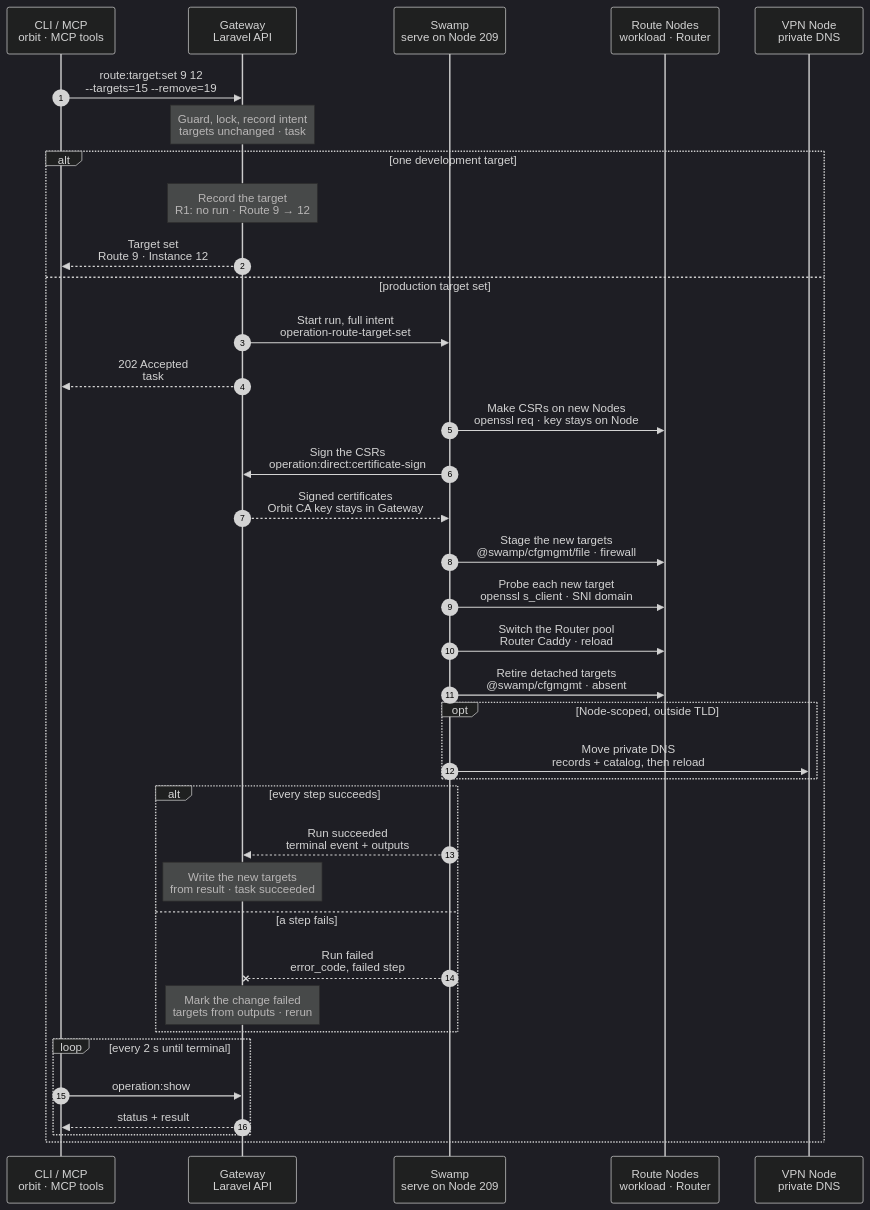
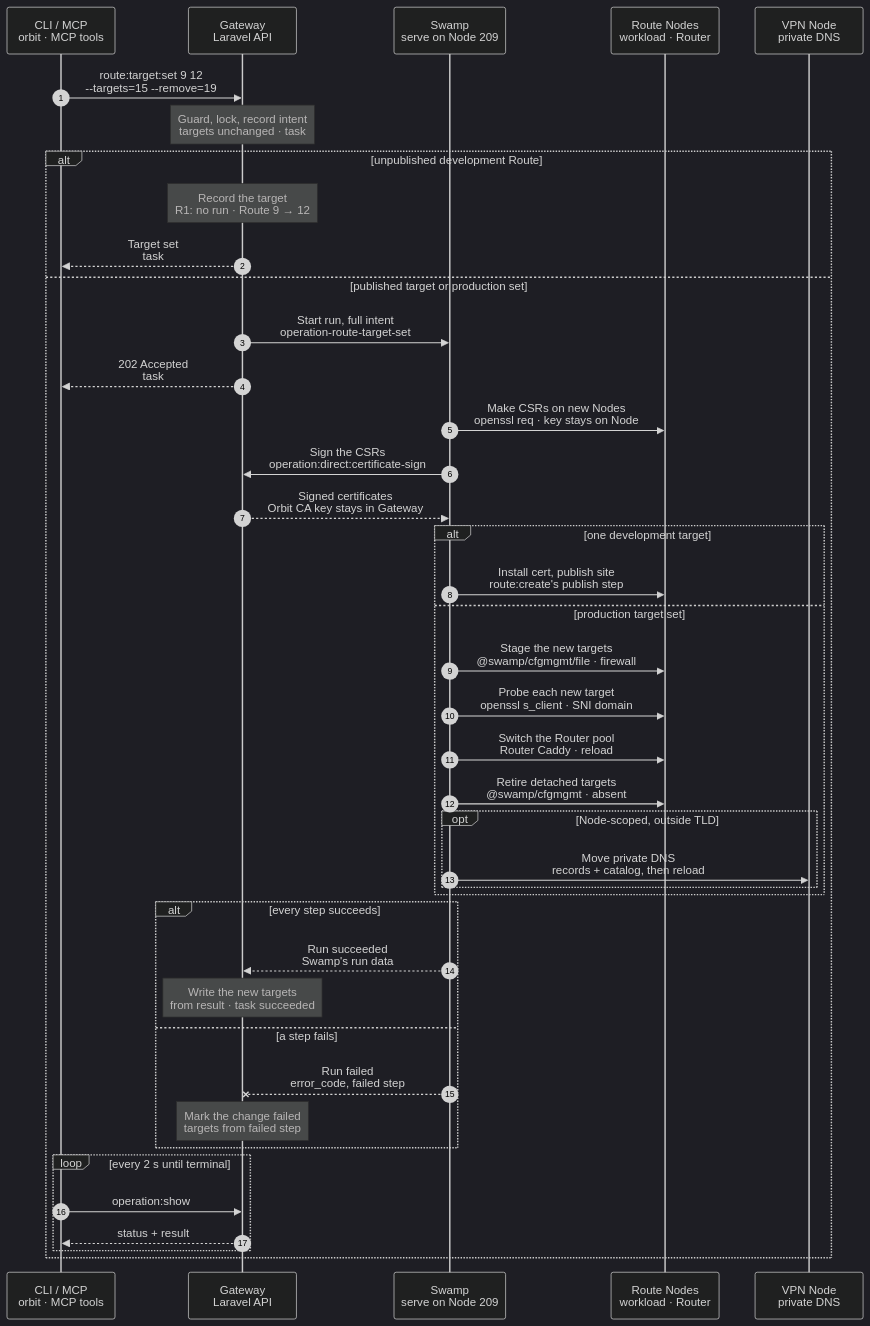
The diagram in docs/cli/route/target-set.mmd (hardimpactdev/orbit), drawn with Mermaid (dark theme) before and after one commit. The commit also changed 19 other files, not shown here.

```diff
--- a/docs/cli/route/target-set.mmd
+++ b/docs/cli/route/target-set.mmd
@@ -1,141 +1,153 @@
 sequenceDiagram
   %% Target design: ADR 0244 task, DECISIONS R1-R4 + round 2 (target_set single path, R2), Gateway signs CSRs (root-of-trust), single-swamp-node. docs/cli/route.mdx, docs/reference/routes.md (Create and change targets, Change a production target set).
-  %% Tightened: flow-tighten 2026-11-02, rules 2, 3, 22 (development target is record-only: instance:create owns web-root access; DNS only outside the TLD; cfgmgmt file/firewall).
+  %% Tightened: flow-tighten 2026-11-02, rules 2, 3, 22 (instance:create owns web-root access; DNS only outside the TLD; cfgmgmt file/firewall).
+  %% Corrected 2026-11-02: a development target is not record-only. Its site root is the target Instance's checkout, so a published site moves in route:create's one publish step.
   %% status: draft
   %% command: route:target:set
   %% kind: route.target_set
   autonumber
   %% lane CLI icon=terminal pill=caller tone=gray
   %% lane GW icon=gateway pill=intent tone=blue
   %% lane SW icon=workflow pill=executes tone=green
   %% lane N icon=server pill=target tone=amber
   %% lane V icon=server pill=target tone=purple
   participant CLI as CLI / MCP<br/>orbit · MCP tools
   participant GW as Gateway<br/>Laravel API
   participant SW as Swamp<br/>serve on Node 209
   participant N as Route Nodes<br/>workload · Router
   participant V as VPN Node<br/>private DNS
   CLI->>GW: route:target:set 9 12<br/>--targets=15 --remove=19
   %%> Command:
   %%> - `orbit route:target:set 9 12 --targets=15 --reassign=18:4 --remove=19`
   %%> - syntax: `<route> <target> [--targets=ID]... [--reassign=ID:ROUTE]... [--remove=ID]...`
   %%> Input:
   %%> - Route 9 and Instance 12
   %%> - without options: one target
   %%> - with options: the complete ordered production target set, here Instances 12 and 15
   %%> - each detached Instance needs a disposition: `--reassign=18:4` moves Instance 18 to Route 4, `--remove=19` allows removing Instance 19
   Note over GW: Guard, lock, record intent<br/>targets unchanged · task #5140
   %%> Requirements:
   %%> - your Node has an access grant to every target's Node
   %%> - every target is an active Instance of Route 9's Project (`route.target_app_conflict`, `route.target_inactive`)
   %%> - no active Instance loses its only Route (`route.target_conflict`)
   %%> - a single target never takes an Instance from another Route
   %%> - a target set: an explicit Cluster-scoped Route; each target a production Instance on its own active `app-prod` Node in that Cluster
   %%> Locks:
   %%> - the projection lock and the environment owner of every Instance named
   %%> - a busy lock is waited for up to 30 s, then `app-dev.projection_busy`
   %%> Result:
   %%> - task #5140 recorded with the full intent, including the old targets for recovery
   %%> - Route 9's targets stay as they are until the result
-  alt one development target
+  alt unpublished development Route
     Note over GW: Record the target<br/>R1: no run · Route 9 → 12
     %%> When:
-    %%> - Route 9 is not `active`; changing the target of an active Route is refused at admission
+    %%> - one development target on a Route whose sites are not published
     %%> Why no run:
-    %%> - `instance:create` already gave Caddy read access to Instance 12's web root (rule 2); nothing changes on a Node
-    %%> - Route 9 is not published yet, so no site or DNS record moves
+    %%> - no site serves the Route yet, so nothing changes on a Node; the Route publishes when it converges
     %%> Result:
-    %%> - Route 9's target becomes Instance 12; no task, no Swamp run
-    GW-->>CLI: Target set<br/>Route 9 · Instance 12
+    %%> - Route 9's target becomes Instance 12, and the task has already succeeded
+    GW-->>CLI: Target set<br/>task #5140 succeeded
     %%> What you get:
     %%> - the final result at once; there is nothing to follow
-  else production target set
+  else published target or production set
     GW->>SW: Start run, full intent<br/>operation-route-target-set
     %%> What it does:
     %%> - starts one Swamp run on serve (Node 209)
     %%> Inputs:
-    %%> - the old and new targets, and each detached Instance's disposition
-    %%> - the rendered Caddy blocks before and after, certificate leaves, LAN tuples and probes, per Node
+    %%> - each step's whole files, rendered by the Gateway: Caddyfiles, PHP pools, `APP_URL` lines, certificate leaves, LAN rules and probes, per Node
     %%> - production `.env` material only as vault key names in `orbit-control-inputs` (R3)
     %%> - each Node's address and SSH host keys; the SSH identity comes from the `swamp` role
     GW-->>CLI: 202 Accepted<br/>task #5140
     %%> What you get:
     %%> - the task number, at once
     %%> Next:
     %%> - the CLI follows the task with `operation:show`
     SW->>N: Make CSRs on new Nodes<br/>openssl req · key stays on Node
     %%> How:
-    %%> - Swamp reaches each new target's Node over `@swamp/ssh` from 209
+    %%> - Swamp reaches each Node over `@swamp/ssh` from 209
     %%> What it does:
-    %%> - makes a key and a certificate request for the Route domain under a temporary scope
+    %%> - makes a key and a certificate request for the Route domain on each Node that needs a leaf
+    %%> - a new production target also gets a leaf under a temporary scope, for its staged site
     %%> - returns only the public CSRs
     SW->>GW: Sign the CSRs<br/>operation:direct:certificate-sign
     %%> What it does:
     %%> - sends the CSRs with task #5140 and the run id
     %%> Why:
     %%> - the Orbit CA key stays in the Gateway; signing is the one step that calls the Gateway
     GW-->>SW: Signed certificates<br/>Orbit CA key stays in Gateway
     %%> Returns:
     %%> - one public certificate bundle per leaf
-    SW->>N: Stage the new targets<br/>@swamp/cfgmgmt/file · firewall
-    %%> What it does:
-    %%> - installs each certificate and adds the workload site with `@swamp/cfgmgmt/file`, and allows the Router on LAN port 443 with `@swamp/cfgmgmt/firewall`
-    %%> - one `forEach` over the new Nodes, all at once
-    %%> - validates each Caddyfile, then reloads Caddy; never a restart (rule 7)
-    %%> - writes the production `.env` of each new target against Route 9
-    SW->>N: Probe each new target<br/>openssl s_client · SNI domain
-    %%> What it does:
-    %%> - connects from 209 to each new workload on port 443, with the Route domain as SNI
-    %%> Why:
-    %%> - the Router only sends traffic to targets that serve
-    SW->>N: Switch the Router pool<br/>Router Caddy · reload
-    %%> What it does:
-    %%> - sets the Router's upstream pool to Instances 12 and 15, in order
-    %%> - validates, then reloads Caddy on the Router
-    %%> Not included:
-    %%> - DNS: the Route domain points at the Router, which does not change
-    SW->>N: Retire detached targets<br/>@swamp/cfgmgmt · absent
-    %%> What it does:
-    %%> - removes the old workload sites and temporary certificates no Route needs any more
-    %%> - Instance 18's site follows it to Route 4
-    %%> - removes Instance 19 with the shared Instance removal steps, because `--remove=19` allowed it
-    opt Node-scoped, outside TLD
-      SW->>V: Move private DNS<br/>records + catalog, then reload
+    alt one development target
+      SW->>N: Install cert, publish site<br/>route:create's publish step
       %%> When:
-      %%> - a Node-scoped Route whose new target runs on another Node, with a domain outside the Cluster or Node TLD
-      %%> - private DNS answers the whole TLD, so a domain inside it needs no record
+      %%> - Route 9's sites are published, so its site moves from the previous target's checkout to Instance 12's
       %%> What it does:
-      %%> - points the Route domain at the new Node and checks a DNS reply
+      %%> - runs the same child as `route:create`: installs the certificate, writes each Node's whole Caddyfile, validates it and reloads Caddy
+      %%> - the previous target's Node loses the site; Instance 12's Node gains it
+      %%> Not included:
+      %%> - web-root access: `instance:create` already gave Caddy read access to Instance 12's checkout (rule 2)
+    else production target set
+      SW->>N: Stage the new targets<br/>@swamp/cfgmgmt/file · firewall
+      %%> What it does:
+      %%> - per new Node: allows the Router on LAN port 443 with `@swamp/cfgmgmt/firewall`, installs the certificates, and writes the PHP pool, the staged Caddyfile and the production `.env`
+      %%> - the staged Caddyfile adds the new workload site beside the old ones and uses the temporary leaf
+      %%> - validates each Caddyfile, then reloads Caddy; never a restart (rule 7)
+      SW->>N: Probe each new target<br/>openssl s_client · SNI domain
+      %%> What it does:
+      %%> - connects from 209 to each new workload on port 443, with the Route domain as SNI
+      %%> Why:
+      %%> - the Router only sends traffic to targets that serve
+      SW->>N: Switch the Router pool<br/>Router Caddy · reload
+      %%> What it does:
+      %%> - writes the Router's whole Caddyfile with the pool Instances 12 and 15, in order
+      %%> - validates, then reloads Caddy on the Router
+      %%> Not included:
+      %%> - DNS: the Route domain points at the Router, which does not change
+      SW->>N: Retire detached targets<br/>@swamp/cfgmgmt · absent
+      %%> What it does:
+      %%> - writes each other Node's whole desired Caddyfile: old workload sites go, and the new targets move to their lasting leaf
+      %%> - removes LAN rules and temporary certificates no Route needs
+      %%> - Instance 18's site follows it to Route 4
+      %%> Not included:
+      %%> - Instance removal: `--remove` is refused with `route.target_cleanup_unavailable` until the shared Instance removal steps run here
+      opt Node-scoped, outside TLD
+        SW->>V: Move private DNS<br/>records + catalog, then reload
+        %%> When:
+        %%> - a Node-scoped Route whose new target runs on another Node, with a domain outside the Cluster or Node TLD
+        %%> - private DNS answers the whole TLD, so a domain inside it needs no record
+        %%> What it does:
+        %%> - writes the records and the catalog, then restarts dnsmasq
+      end
     end
     alt every step succeeds
-      SW-->>GW: Run succeeded<br/>terminal event + outputs
+      SW-->>GW: Run succeeded<br/>Swamp's run data
       %%> How the Gateway learns it:
       %%> - its shared run reader sees the terminal event; Swamp never calls the Gateway
+      %%> - the end check is the Router switch, or the publish step of a development target
       Note over GW: Write the new targets<br/>from result · task succeeded
       %%> Result:
       %%> - Route 9 targets Instances 12 and 15
-      %%> - Instance 18 belongs to Route 4; Instance 19 is removed
+      %%> - Instance 18 belongs to Route 4
       %%> - task #5140 succeeds, and the Gateway broadcasts `route.updated`
     else a step fails
       SW--xGW: Run failed<br/>error_code, failed step
       %%> The Gateway reads:
-      %%> - which step failed, its error code, and whether the Router pool had switched
-      Note over GW: Mark the change failed<br/>targets from outputs · rerun
+      %%> - which step failed, and so whether the Router pool had switched
+      Note over GW: Mark the change failed<br/>targets from failed step
       %%> Result before the Router switch:
       %%> - Route 9 keeps its old targets; staged sites serve no traffic, so they stay
       %%> Result after the Router switch:
-      %%> - the new pool serves, so the Gateway records the new targets from the run's outputs
-      %%> - a rerun finishes the retire steps
+      %%> - the new pool serves, so the Gateway records the new targets and keeps the recorded set
       %%> - task #5140 fails, with `failed_step` and `error_code` on Route 9
       %%> Retry:
-      %%> - run the same command again after fixing the cause; it skips finished steps
+      %%> - run the same command again after fixing the cause; after the switch, the rerun retires what is left
     end
     loop every 2 s until terminal
       CLI->>GW: operation:show #5140
       %%> What it does:
       %%> - asks for the task's status every 2 seconds until it has ended
       GW-->>CLI: status + result
       %%> Returns:
       %%> - the current status, and the result once the task has ended
     end
   end
```
